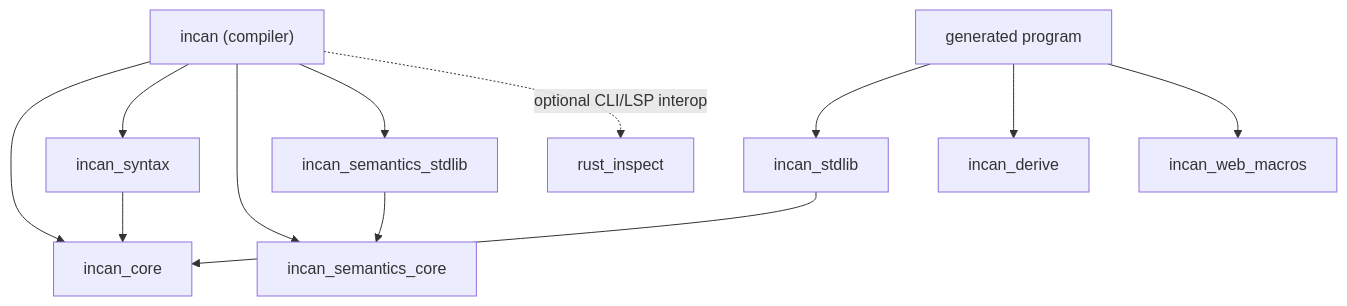
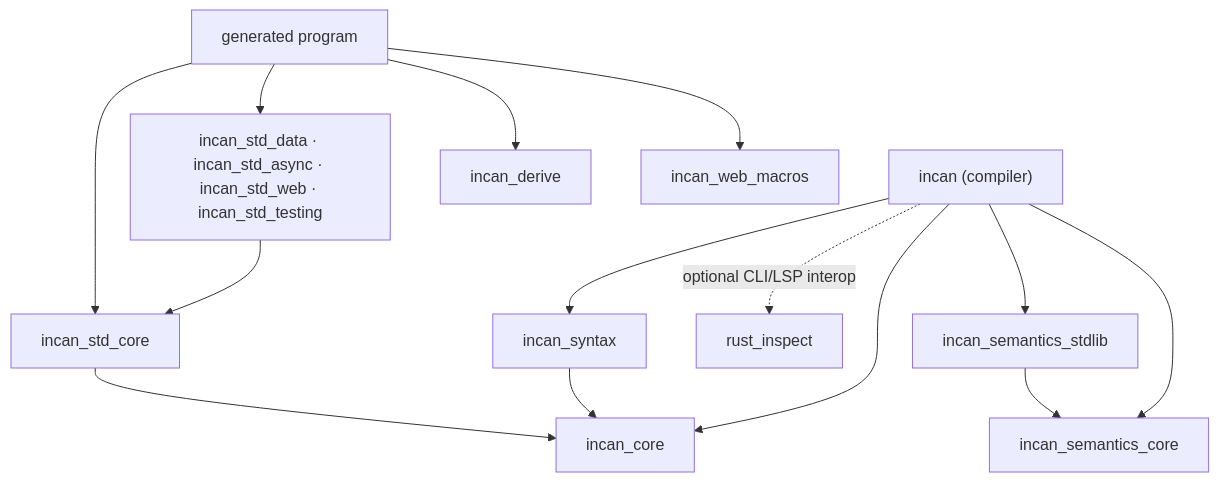
One commit to encero-systems/incan changed the diagram in workspaces/docs-site/docs/contributing/explanation/layering.md. Above: the diagram before and after it, drawn with Mermaid. The commit also changed other lines of this file and 39 other files, not shown here.

````diff
--- a/workspaces/docs-site/docs/contributing/explanation/layering.md
+++ b/workspaces/docs-site/docs/contributing/explanation/layering.md
@@ -11,14 +11,16 @@
 ```mermaid
 flowchart TD
   incanCompiler["incan (compiler)"] --> incanCore["incan_core"]
   incanCompiler --> incanSyntax["incan_syntax"]
   incanCompiler --> semanticsCore["incan_semantics_core"]
   incanCompiler --> semanticsStdlib["incan_semantics_stdlib"]
   incanCompiler -. optional CLI/LSP interop .-> rustInspect["rust_inspect"]
   incanSyntax --> incanCore
   semanticsStdlib --> semanticsCore
-  incanStdlib["incan_stdlib"] --> incanCore
-  generatedProgram["generated program"] --> incanStdlib
+  stdCore["incan_std_core"] --> incanCore
+  stdFacets["incan_std_data · incan_std_async · incan_std_web · incan_std_testing"] --> stdCore
+  generatedProgram["generated program"] --> stdCore
+  generatedProgram --> stdFacets
   generatedProgram --> incanDerive["incan_derive"]
   generatedProgram --> incanWebMacros["incan_web_macros"]
 ```
````
